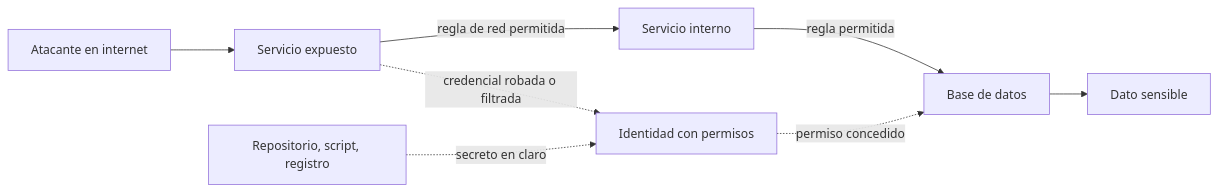
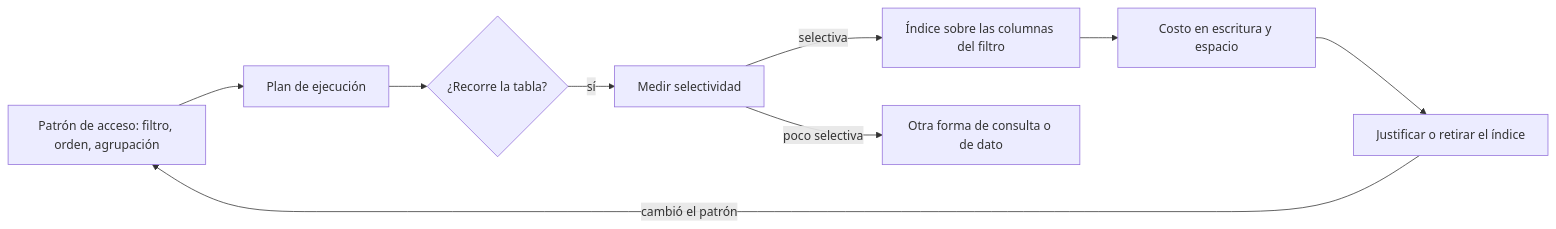
The diagram in content/part-29/SE-353.md (vladimiracunadev-create/modern-software-engineering-program), drawn with Mermaid before and after one commit. The commit also changed other lines of this file and 5193 other files, not shown here.

````diff
--- a/content/part-29/SE-353.md
+++ b/content/part-29/SE-353.md
@@ -55,10 +55,11 @@
 ```mermaid
 flowchart LR
-    A[Atacante en internet] --> B[Servicio expuesto]
-    B -->|regla de red permitida| C[Servicio interno]
-    C -->|regla permitida| D[Base de datos]
-    B -.->|credencial robada o filtrada| E[Identidad con permisos]
-    E -.->|permiso concedido| D
-    F[Repositorio, script, registro] -.->|secreto en claro| E
-    D --> G[Dato sensible]
+    A[Patrón de acceso: filtro, orden, agrupación] --> B[Plan de ejecución]
+    B --> C{¿Recorre la tabla?}
+    C -->|sí| D[Medir selectividad]
+    D -->|selectiva| E[Índice sobre las columnas del filtro]
+    D -->|poco selectiva| F[Otra forma de consulta o de dato]
+    E --> G[Costo en escritura y espacio]
+    G --> H[Justificar o retirar el índice]
+    H -->|cambió el patrón| A
 ```
````
